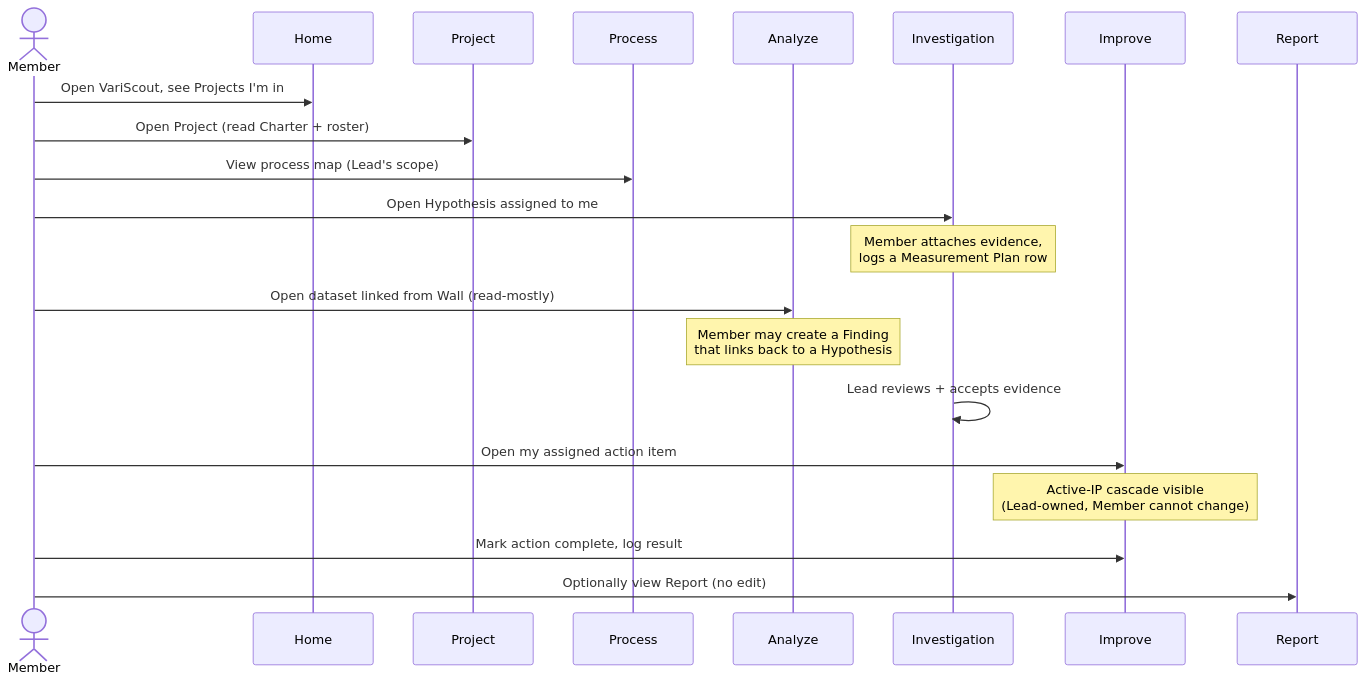
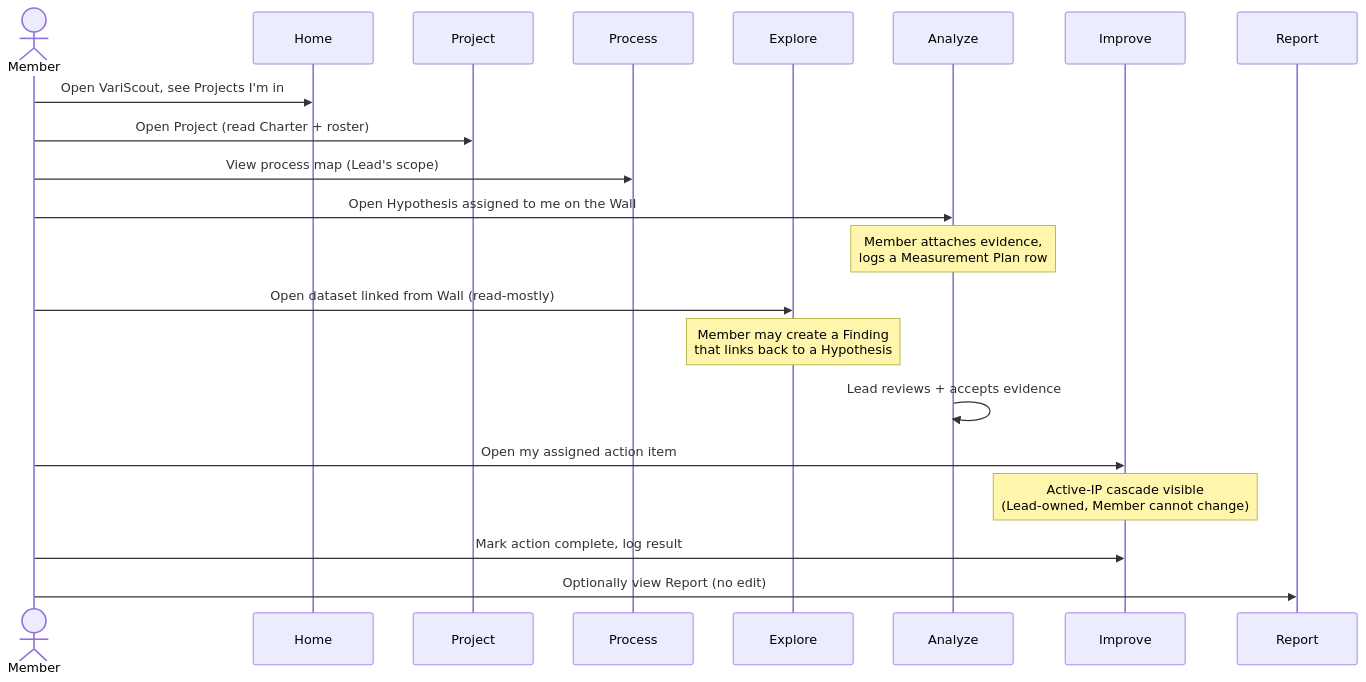
Before and after one commit to jukka-matti/variscout: the diagram in docs/02-journeys/personas/member.md, drawn with Mermaid. The commit also changed other lines of this file and 18 other files, not shown here.

````diff
--- a/docs/02-journeys/personas/member.md
+++ b/docs/02-journeys/personas/member.md
@@ -37,24 +37,24 @@
 ```mermaid
 sequenceDiagram
     actor Member
     participant Home as Home
     participant Project as Project
     participant Process as Process
+    participant Explore as Explore
     participant Analyze as Analyze
-    participant Investigation as Investigation
     participant Improve as Improve
     participant Report as Report
 
     Member->>Home: Open VariScout, see Projects I'm in
     Member->>Project: Open Project (read Charter + roster)
     Member->>Process: View process map (Lead's scope)
-    Member->>Investigation: Open Hypothesis assigned to me
-    Note over Investigation: Member attaches evidence,<br/>logs a Measurement Plan row
-    Member->>Analyze: Open dataset linked from Wall (read-mostly)
-    Note over Analyze: Member may create a Finding<br/>that links back to a Hypothesis
-    Investigation->>Investigation: Lead reviews + accepts evidence
+    Member->>Analyze: Open Hypothesis assigned to me on the Wall
+    Note over Analyze: Member attaches evidence,<br/>logs a Measurement Plan row
+    Member->>Explore: Open dataset linked from Wall (read-mostly)
+    Note over Explore: Member may create a Finding<br/>that links back to a Hypothesis
+    Analyze->>Analyze: Lead reviews + accepts evidence
     Member->>Improve: Open my assigned action item
     Note over Improve: Active-IP cascade visible<br/>(Lead-owned, Member cannot change)
     Member->>Improve: Mark action complete, log result
     Member->>Report: Optionally view Report (no edit)
 ```
````
